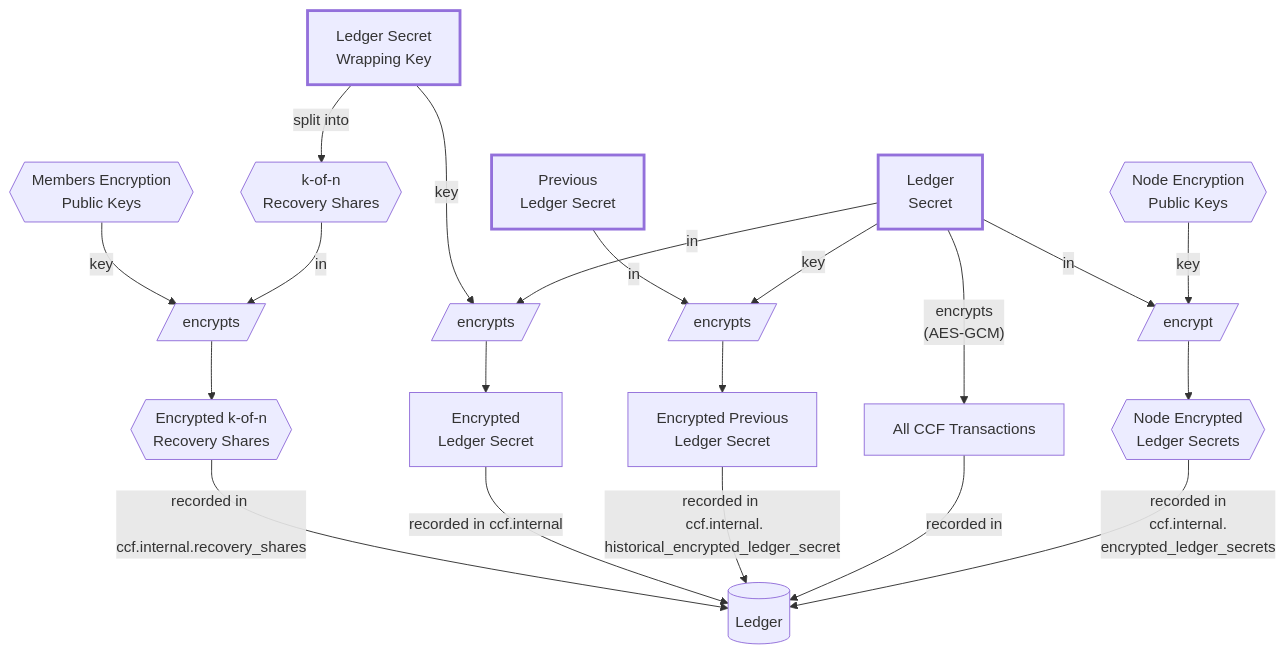
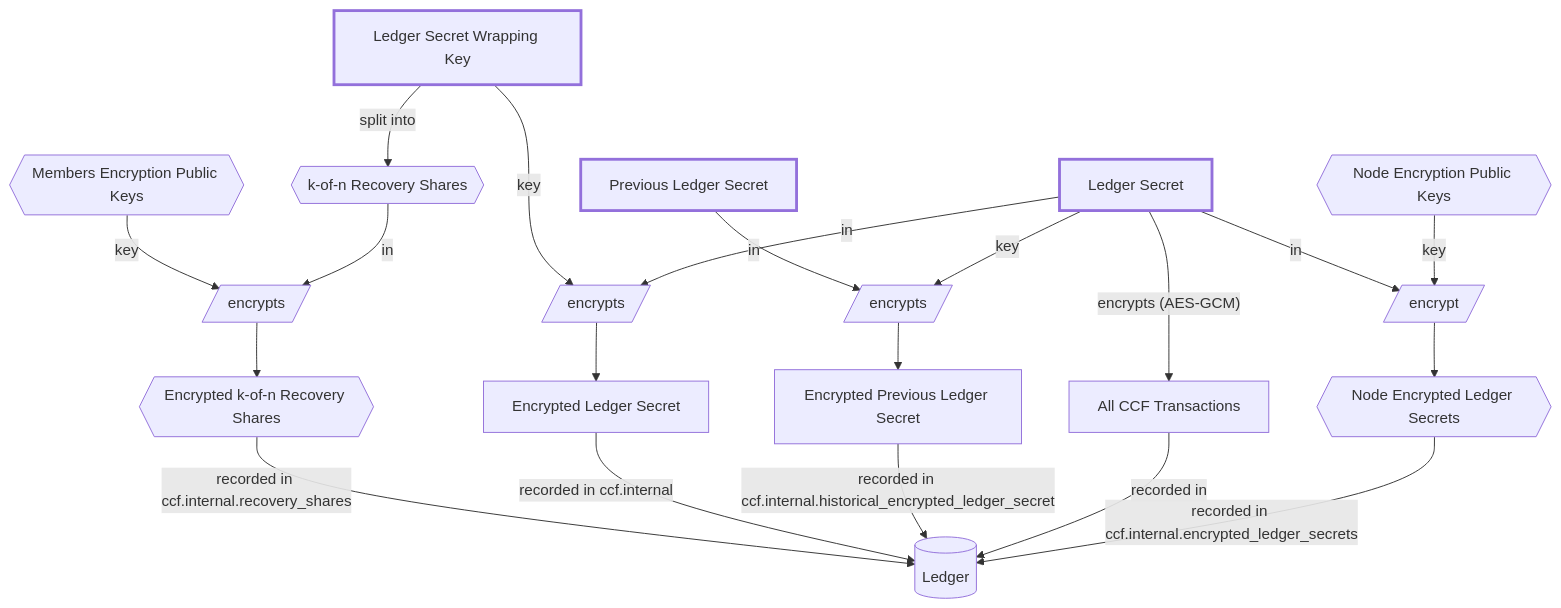
Before and after one commit to microsoft/CCF: the second of 2 diagrams in doc/architecture/cryptography.rst, drawn with Mermaid. The commit also changed other lines of this file and 10 other files, not shown here.

First line of the commit message:
Refine documentation icons and diagram presentation

```diff
--- a/doc/architecture/cryptography.rst
+++ b/doc/architecture/cryptography.rst
@@ -82,25 +82,25 @@
 .. mermaid::
 
     flowchart TB
         classDef EnclaveKey stroke-width:3px
-        WrappingKey -- split into --> RecoveryShares{{k-of-n <br> Recovery Shares}}
-        MemberPublicKeys{{Members Encryption <br> Public Keys}} --key--> F[/encrypts/]
-        RecoveryShares --in--> F[/encrypts/] --> EncryptedRecoveryShares{{Encrypted k-of-n <br> Recovery Shares}}
-        EncryptedRecoveryShares -- recorded in <br> ccf.internal.recovery_shares --> Ledger
+        WrappingKey -- split into --> RecoveryShares{{k-of-n Recovery Shares}}
+        MemberPublicKeys{{Members Encryption Public Keys}} --key--> F[/encrypts/]
+        RecoveryShares --in--> F[/encrypts/] --> EncryptedRecoveryShares{{Encrypted k-of-n Recovery Shares}}
+        EncryptedRecoveryShares -- recorded in ccf.internal.recovery_shares --> Ledger
 
-        WrappingKey[Ledger Secret <br> Wrapping Key] --key--> N[/encrypts/]
-        LedgerSecret --in--> N[/encrypts/] --> EncryptedLedgerSecret[Encrypted <br> Ledger Secret]
+        WrappingKey[Ledger Secret Wrapping Key] --key--> N[/encrypts/]
+        LedgerSecret --in--> N[/encrypts/] --> EncryptedLedgerSecret[Encrypted Ledger Secret]
         EncryptedLedgerSecret -- recorded in ccf.internal --> Ledger[(Ledger)]
 
-        PreviousLedgerSecret[Previous <br> Ledger Secret] --in--> H[/encrypts/] --> EncryptedPreviousLedgerSecret[Encrypted Previous <br> Ledger Secret]
+        PreviousLedgerSecret[Previous Ledger Secret] --in--> H[/encrypts/] --> EncryptedPreviousLedgerSecret[Encrypted Previous Ledger Secret]
         LedgerSecret --key--> H[/encrypts/]
-        EncryptedPreviousLedgerSecret -- recorded in <br> ccf.internal.<br>historical_encrypted_ledger_secret --> Ledger
+        EncryptedPreviousLedgerSecret -- recorded in ccf.internal.historical_encrypted_ledger_secret --> Ledger
 
-        LedgerSecret[Ledger <br> Secret] -- "encrypts <br> (AES-GCM)" --> Transactions[All CCF Transactions]
+        LedgerSecret[Ledger Secret] -- "encrypts (AES-GCM)" --> Transactions[All CCF Transactions]
         class WrappingKey,LedgerSecret,PreviousLedgerSecret EnclaveKey
         Transactions -- recorded in --> Ledger
 
         LedgerSecret --in--> K[/encrypts/] --> NodeEncryptedLedgerSecrets{{Node Encrypted Ledger Secrets}}
-        NodeEncryptionPublicKeys{{Node Encryption <br> Public Keys}} --key--> K[/encrypt/]
-        NodeEncryptedLedgerSecrets{{Node Encrypted <br> Ledger Secrets}}
-        NodeEncryptedLedgerSecrets -- recorded in <br> ccf.internal.<br>encrypted_ledger_secrets --> Ledger
+        NodeEncryptionPublicKeys{{Node Encryption Public Keys}} --key--> K[/encrypt/]
+        NodeEncryptedLedgerSecrets{{Node Encrypted Ledger Secrets}}
+        NodeEncryptedLedgerSecrets -- recorded in ccf.internal.encrypted_ledger_secrets --> Ledger
```
